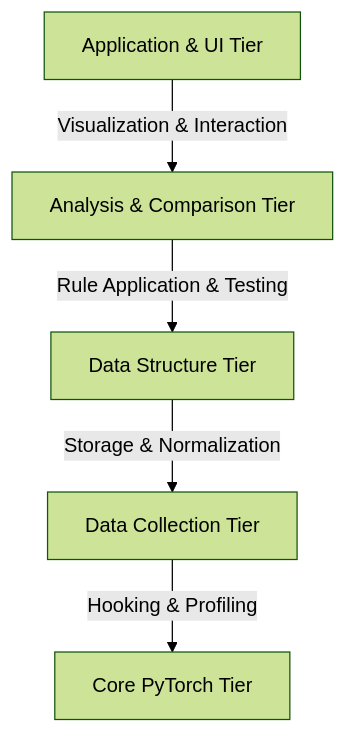
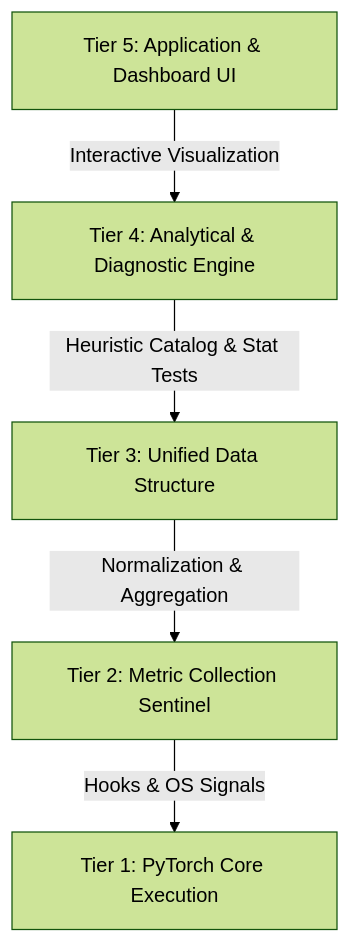
The diagram in README.md (Huu-Tuan13-09/VisionProf), drawn with Mermaid (forest theme) before and after one commit. The commit also changed other lines of this file and 2 other files, not shown here.

Commit message:
docs: upgrade comprehensive README with full 19-rule catalog & real benchmarks, remove draft plan

````diff
--- a/README.md
+++ b/README.md
@@ -17,7 +24,7 @@
 ```mermaid
 graph TD
-    A[Application & UI Tier] -->|Visualization & Interaction| B[Analysis & Comparison Tier]
-    B -->|Rule Application & Testing| C[Data Structure Tier]
-    C -->|Storage & Normalization| D[Data Collection Tier]
-    D -->|Hooking & Profiling| E[Core PyTorch Tier]
+    A[Tier 5: Application & Dashboard UI] -->|Interactive Visualization| B[Tier 4: Analytical & Diagnostic Engine]
+    B -->|Heuristic Catalog & Stat Tests| C[Tier 3: Unified Data Structure]
+    C -->|Normalization & Aggregation| D[Tier 2: Metric Collection Sentinel]
+    D -->|Hooks & OS Signals| E[Tier 1: PyTorch Core Execution]
 ```
````
